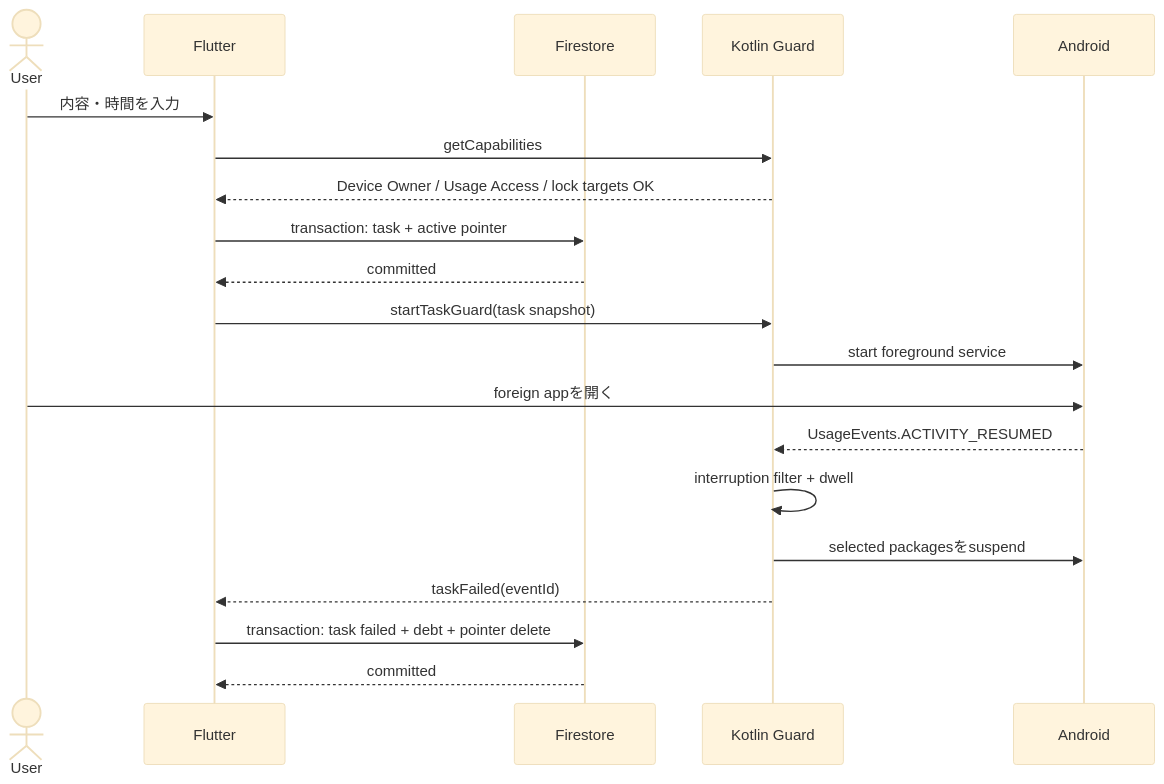
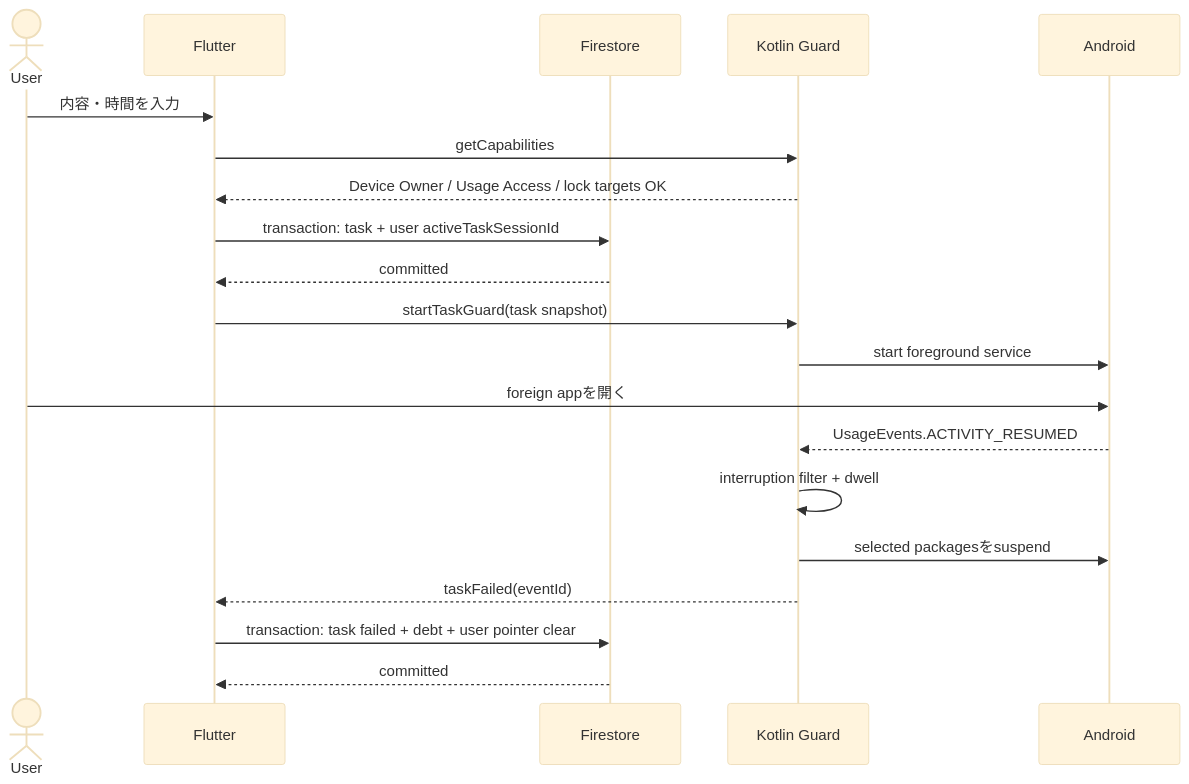
The third of 5 diagrams in docs/architecture.md (kren-team/MICHIZURE), drawn with Mermaid (base theme) before and after one commit. The commit also changed other lines of this file and 3 other files, not shown here.

````diff
--- a/docs/architecture.md
+++ b/docs/architecture.md
@@ -176,23 +176,23 @@
 ```mermaid
 sequenceDiagram
     actor User
     participant Flutter
     participant Firestore
     participant Native as Kotlin Guard
     participant Android
 
     User->>Flutter: 内容・時間を入力
     Flutter->>Native: getCapabilities
     Native-->>Flutter: Device Owner / Usage Access / lock targets OK
-    Flutter->>Firestore: transaction: task + active pointer
+    Flutter->>Firestore: transaction: task + user activeTaskSessionId
     Firestore-->>Flutter: committed
     Flutter->>Native: startTaskGuard(task snapshot)
     Native->>Android: start foreground service
     User->>Android: foreign appを開く
     Android-->>Native: UsageEvents.ACTIVITY_RESUMED
     Native->>Native: interruption filter + dwell
     Native->>Android: selected packagesをsuspend
     Native-->>Flutter: taskFailed(eventId)
-    Flutter->>Firestore: transaction: task failed + debt + pointer delete
+    Flutter->>Firestore: transaction: task failed + debt + user pointer clear
     Firestore-->>Flutter: committed
 ```
````
